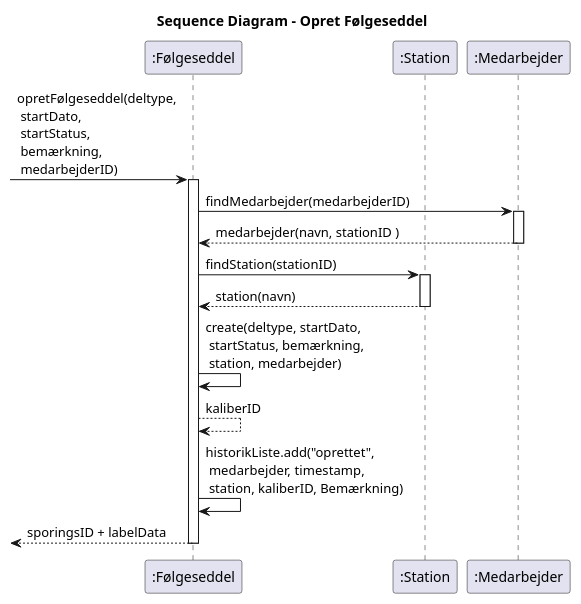
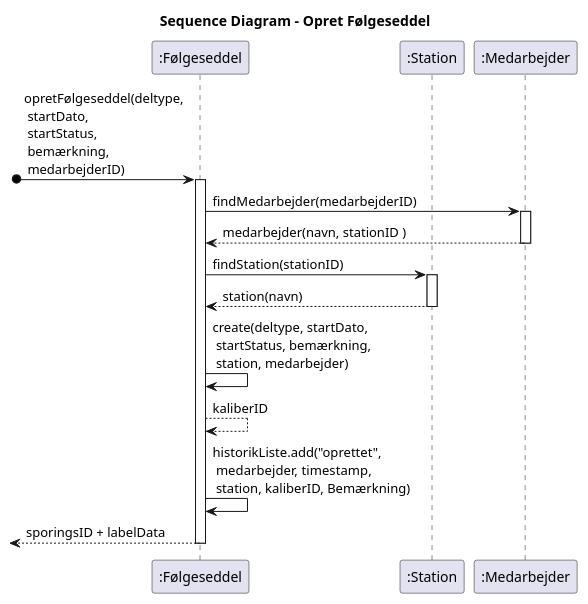
The diagram in uml_artifacts/uc1_sd.puml (marsbo04/budweg), drawn with PlantUML before and after one commit.

Commit message:
Fix syntax error in opretFølgeseddel call in sequence diagram

```diff
--- a/uml_artifacts/uc1_sd.puml
+++ b/uml_artifacts/uc1_sd.puml
@@ -1,36 +1,36 @@
 @startuml
 title Sequence Diagram – Opret Følgeseddel 
 
 
 participant ":Følgeseddel" as F
 participant ":Station" as ST
 participant ":Medarbejder" as ME
 
 
--> F: opretFølgeseddel(deltype,\n startDato,\n startStatus,\n bemærkning,\n medarbejderID)
+[o-> F: opretFølgeseddel(deltype,\n startDato,\n startStatus,\n bemærkning,\n medarbejderID)
 activate F
 
 
 F -> ME: findMedarbejder(medarbejderID)
 activate ME
 ME --> F: medarbejder(navn, stationID )
 deactivate ME
 F -> ST: findStation(stationID)
 activate ST
 ST --> F: station(navn)      
 deactivate ST
 
 
 F -> F: create(deltype, startDato,\n startStatus, bemærkning,\n station, medarbejder)
 
 
 F --> F: kaliberID
 
 
 F -> F: historikListe.add("oprettet",\n medarbejder, timestamp,\n station, kaliberID, Bemærkning)
 
 
 <-- F: sporingsID + labelData
 deactivate F
 
 @enduml
```
